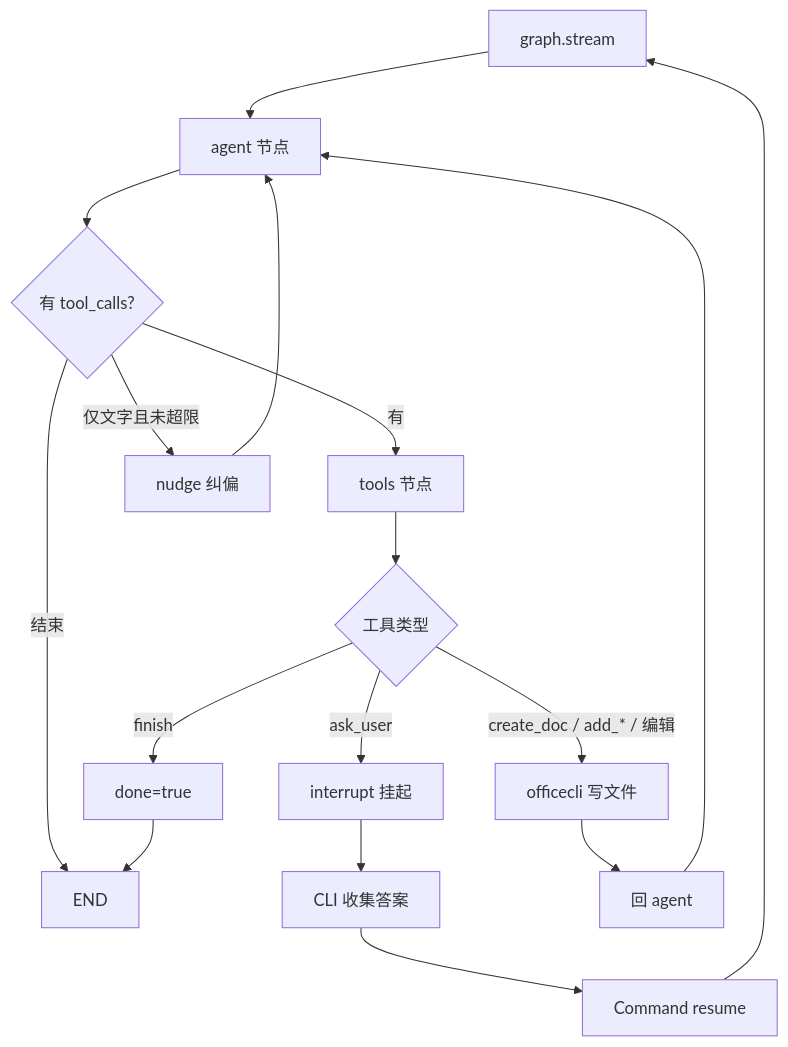
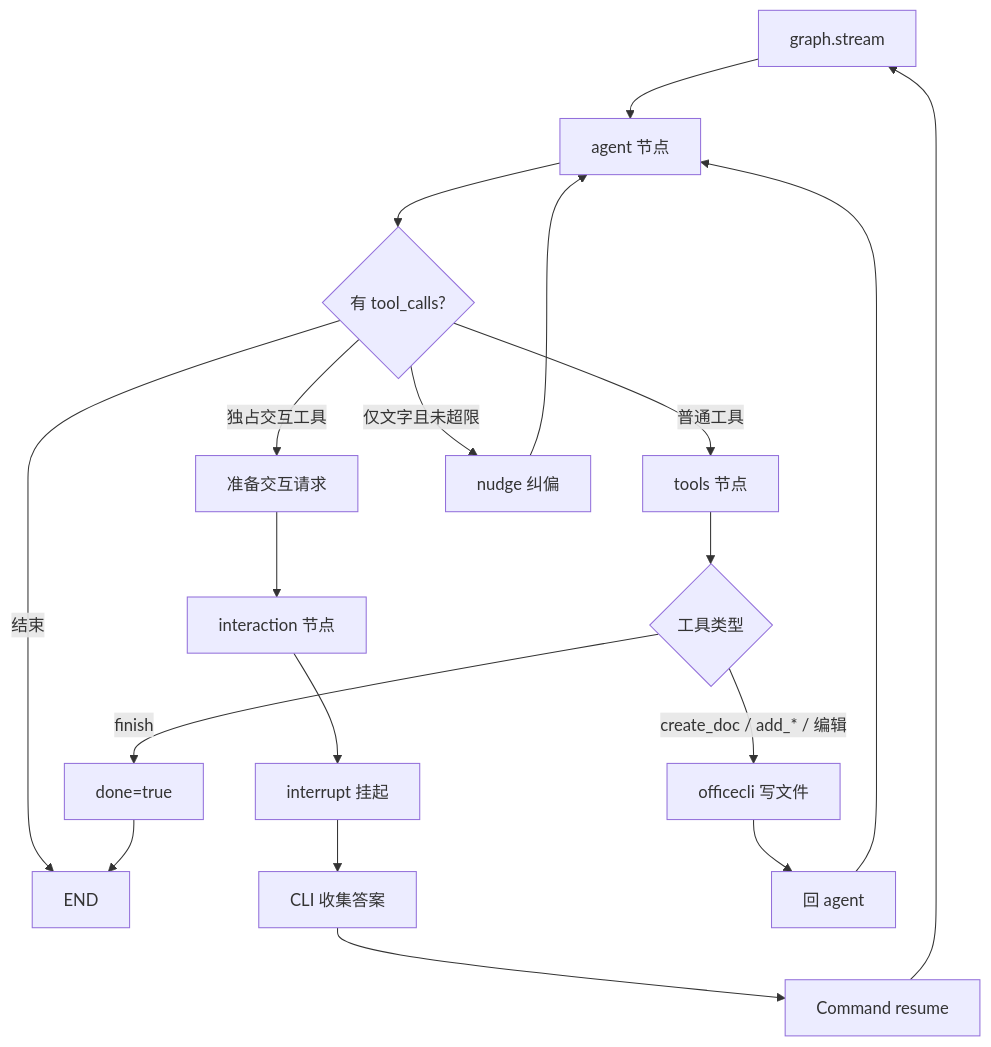
One commit to junlaile/office-agent changed the third of 4 diagrams in flowchart.md. Above: the diagram before and after it, drawn with Mermaid. The commit also changed 12 other files, not shown here.

````diff
--- a/flowchart.md
+++ b/flowchart.md
@@ -58,24 +58,26 @@
 ```mermaid
 flowchart TD
   streamStart[graph.stream] --> agentNode[agent 节点]
   agentNode --> routeAfter{有 tool_calls?}
 
-  routeAfter -->|有| toolsNode[tools 节点]
+  routeAfter -->|普通工具| toolsNode[tools 节点]
+  routeAfter -->|独占交互工具| prepareInteraction[准备交互请求]
   routeAfter -->|仅文字且未超限| nudgeNode[nudge 纠偏]
   routeAfter -->|结束| endGraph[END]
 
   nudgeNode --> agentNode
 
-  toolsNode --> toolKind{工具类型}
-  toolKind -->|ask_user| interrupt[interrupt 挂起]
+  prepareInteraction --> interactionNode[interaction 节点]
+  interactionNode --> interrupt[interrupt 挂起]
   interrupt --> collectUI[CLI 收集答案]
   collectUI --> resume[Command resume]
   resume --> streamStart
 
+  toolsNode --> toolKind{工具类型}
   toolKind -->|create_doc / add_* / 编辑| writeFile[officecli 写文件]
   writeFile --> backAgent[回 agent]
   backAgent --> agentNode
 
   toolKind -->|finish| markDone[done=true]
   markDone --> endGraph
 ```
````
